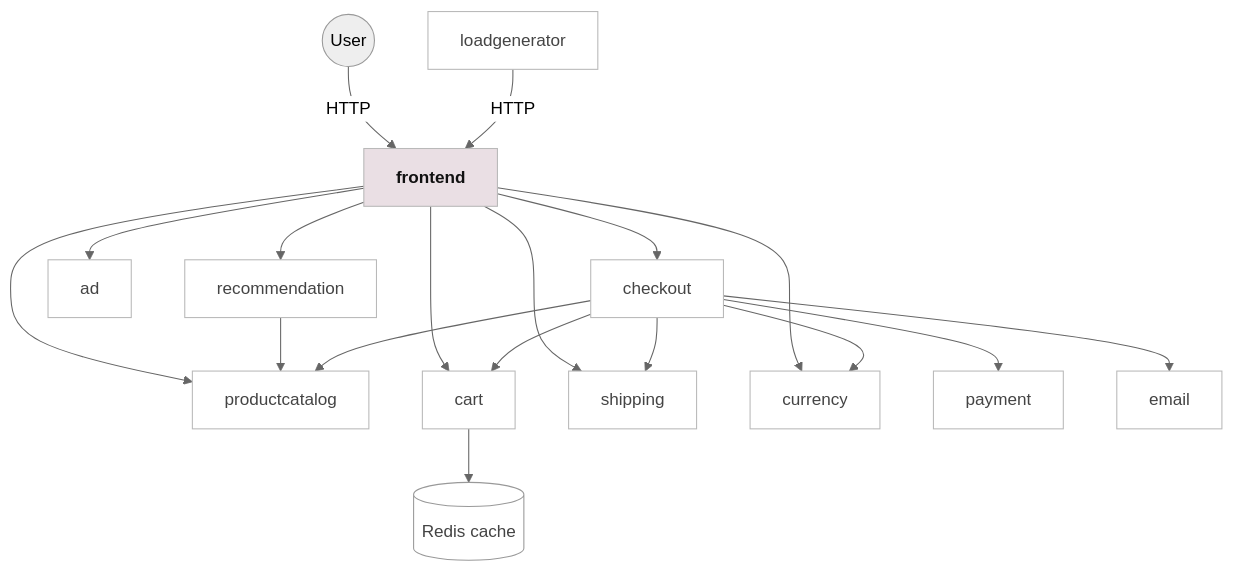
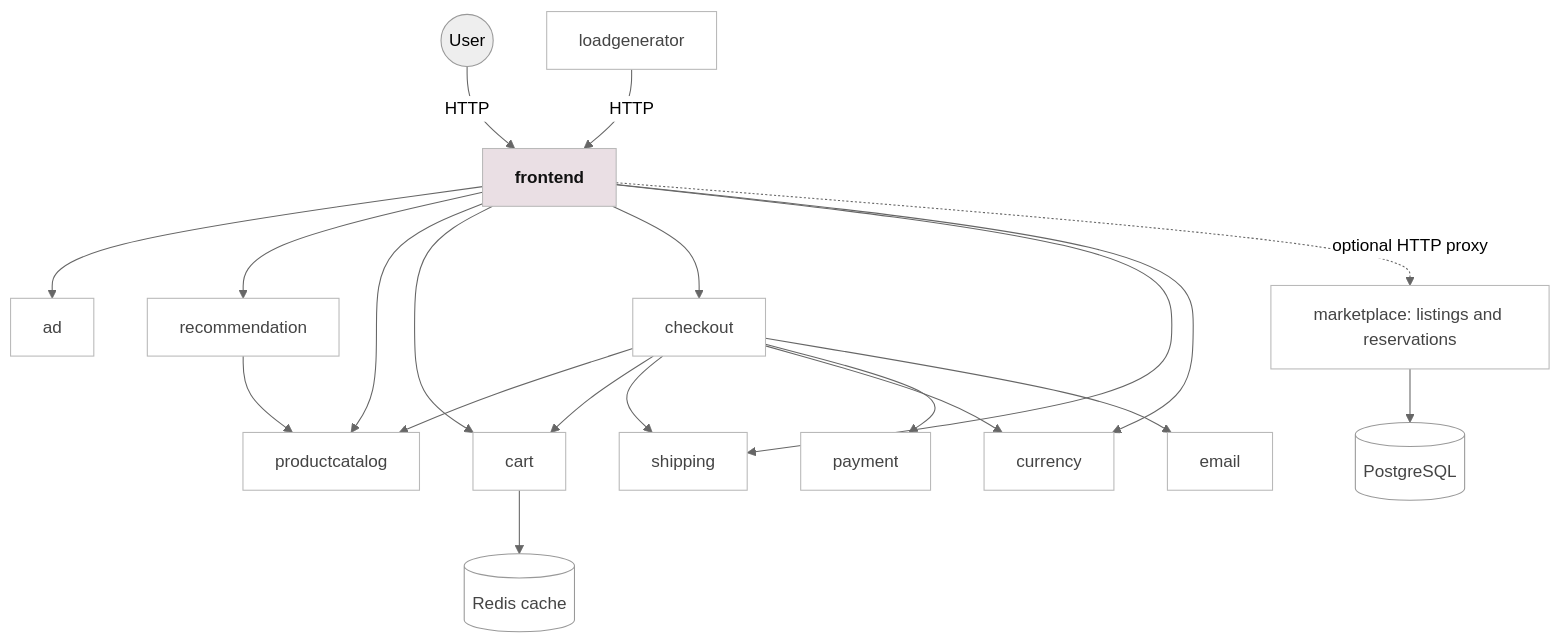
One commit to Ruoxi-0812/CampusLoop changed the diagram in README.md. Above: the diagram before and after it, drawn with Mermaid (neutral theme). The commit also changed other lines of this file and 57 other files, not shown here.

````diff
--- a/README.md
+++ b/README.md
@@ -13,44 +13,49 @@
 ```mermaid
 flowchart TB
   User((User))
   Load["loadgenerator"]
   Frontend["frontend"]
   Checkout["checkout"]
   Ad["ad"]
   Recommendation["recommendation"]
   Catalog["productcatalog"]
   Cart["cart"]
   Redis[("Redis cache")]
+  Marketplace["marketplace: listings and reservations"]
+  Postgres[("PostgreSQL")]
   Shipping["shipping"]
   Currency["currency"]
   Payment["payment"]
   Email["email"]
 
   User -->|HTTP| Frontend
   Load -->|HTTP| Frontend
 
   Frontend --> Ad
   Frontend --> Recommendation
   Frontend --> Catalog
   Frontend --> Cart
   Frontend --> Checkout
   Frontend --> Shipping
   Frontend --> Currency
 
   Recommendation --> Catalog
   Cart --> Redis
+  Frontend -.->|optional HTTP proxy| Marketplace
+  Marketplace --> Postgres
 
   Checkout --> Catalog
   Checkout --> Cart
   Checkout --> Shipping
   Checkout --> Currency
   Checkout --> Payment
   Checkout --> Email
 
   classDef frontend fill:#eadfe4,stroke:#b9b9b9,color:#111,font-weight:bold;
   classDef service fill:#ffffff,stroke:#b9b9b9,color:#444;
   classDef datastore fill:#ffffff,stroke:#999,color:#444;
   class Frontend frontend;
   class Load,Checkout,Ad,Recommendation,Catalog,Cart,Shipping,Currency,Payment,Email service;
-  class Redis datastore;
+  class Redis,Postgres datastore;
+  class Marketplace service;
 ```
````
